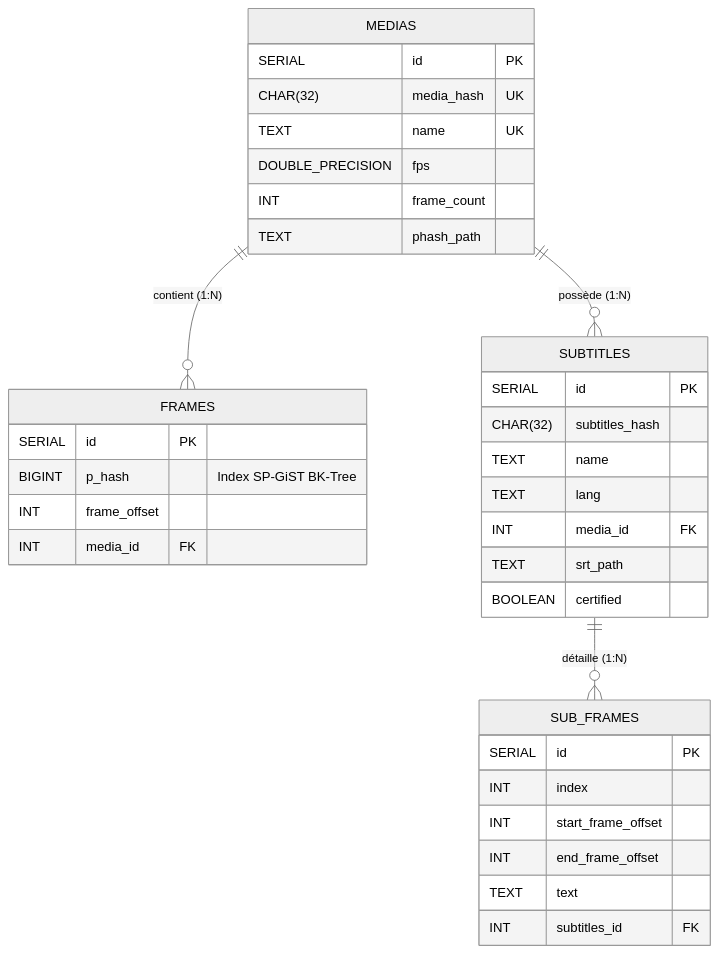
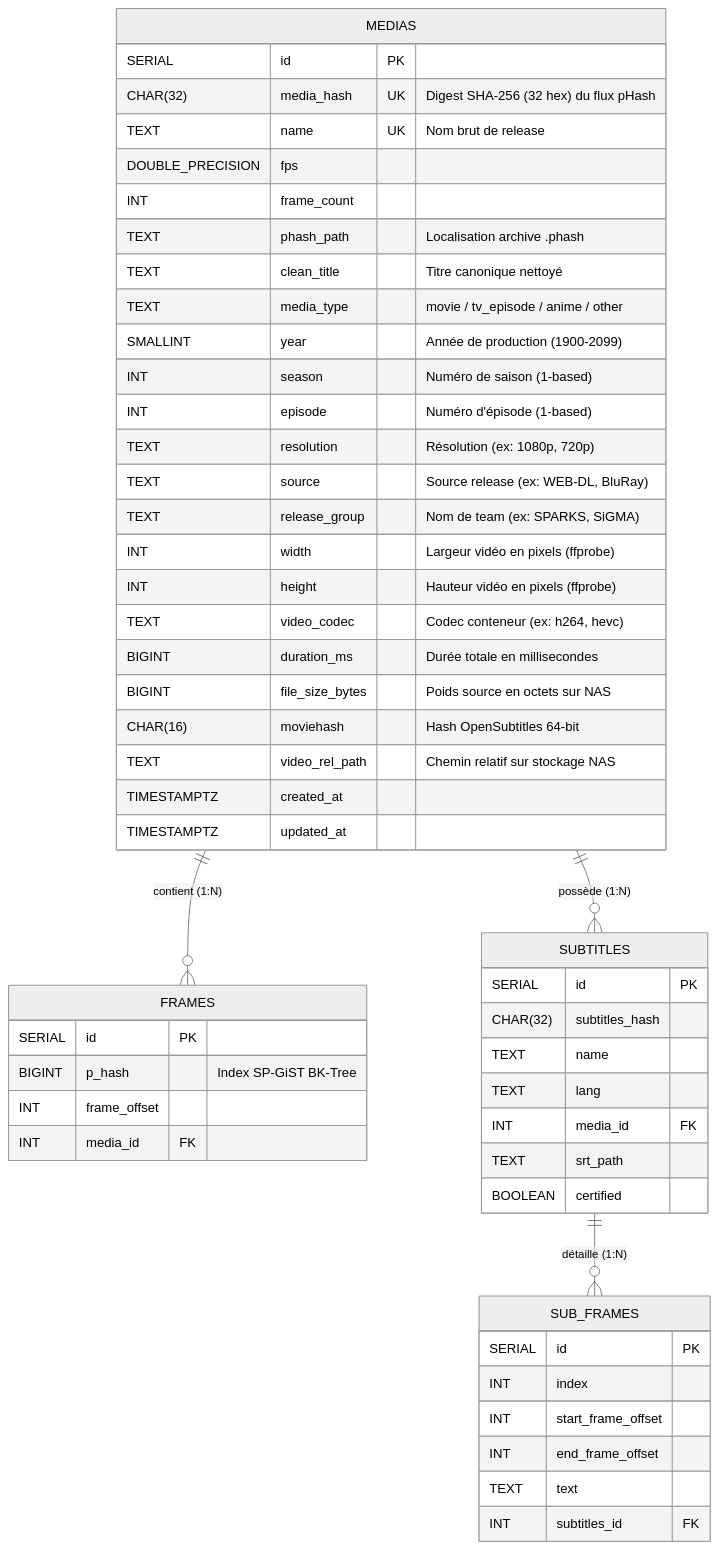
Before and after one commit to yoyonel/pydbsrt: the first of 2 diagrams in docs/reference/schema-postgresql.md, drawn with Mermaid (neutral theme). The commit also changed other lines of this file and 3 other files, not shown here.

````diff
--- a/docs/reference/schema-postgresql.md
+++ b/docs/reference/schema-postgresql.md
@@ -20,41 +20,58 @@
 ```mermaid
 erDiagram
     MEDIAS ||--o{ FRAMES : "contient (1:N)"
     MEDIAS ||--o{ SUBTITLES : "possède (1:N)"
     SUBTITLES ||--o{ SUB_FRAMES : "détaille (1:N)"
 
     MEDIAS {
         SERIAL id PK
-        CHAR(32) media_hash UK
-        TEXT name UK
+        CHAR(32) media_hash UK "Digest SHA-256 (32 hex) du flux pHash"
+        TEXT name UK "Nom brut de release"
         DOUBLE_PRECISION fps
         INT frame_count
-        TEXT phash_path
+        TEXT phash_path "Localisation archive .phash"
+        TEXT clean_title "Titre canonique nettoyé"
+        TEXT media_type "movie / tv_episode / anime / other"
+        SMALLINT year "Année de production (1900-2099)"
+        INT season "Numéro de saison (1-based)"
+        INT episode "Numéro d'épisode (1-based)"
+        TEXT resolution "Résolution (ex: 1080p, 720p)"
+        TEXT source "Source release (ex: WEB-DL, BluRay)"
+        TEXT release_group "Nom de team (ex: SPARKS, SiGMA)"
+        INT width "Largeur vidéo en pixels (ffprobe)"
+        INT height "Hauteur vidéo en pixels (ffprobe)"
+        TEXT video_codec "Codec conteneur (ex: h264, hevc)"
+        BIGINT duration_ms "Durée totale en millisecondes"
+        BIGINT file_size_bytes "Poids source en octets sur NAS"
+        CHAR(16) moviehash "Hash OpenSubtitles 64-bit"
+        TEXT video_rel_path "Chemin relatif sur stockage NAS"
+        TIMESTAMPTZ created_at
+        TIMESTAMPTZ updated_at
     }
 
     FRAMES {
         SERIAL id PK
         BIGINT p_hash "Index SP-GiST BK-Tree"
         INT frame_offset
         INT media_id FK
     }
 
     SUBTITLES {
         SERIAL id PK
         CHAR(32) subtitles_hash
         TEXT name
         TEXT lang
         INT media_id FK
         TEXT srt_path
         BOOLEAN certified
     }
 
     SUB_FRAMES {
         SERIAL id PK
         INT index
         INT start_frame_offset
         INT end_frame_offset
         TEXT text
         INT subtitles_id FK
     }
 ```
````
